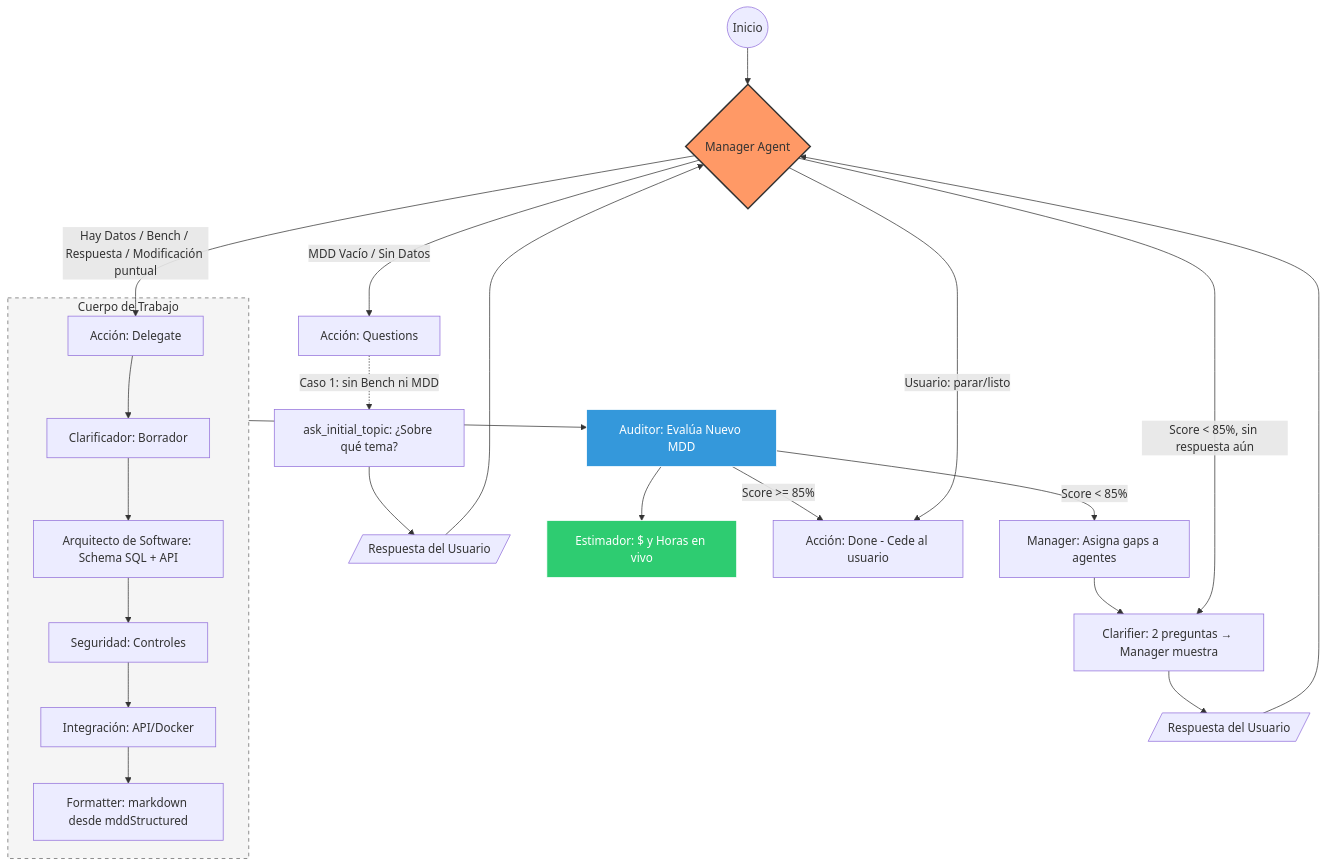
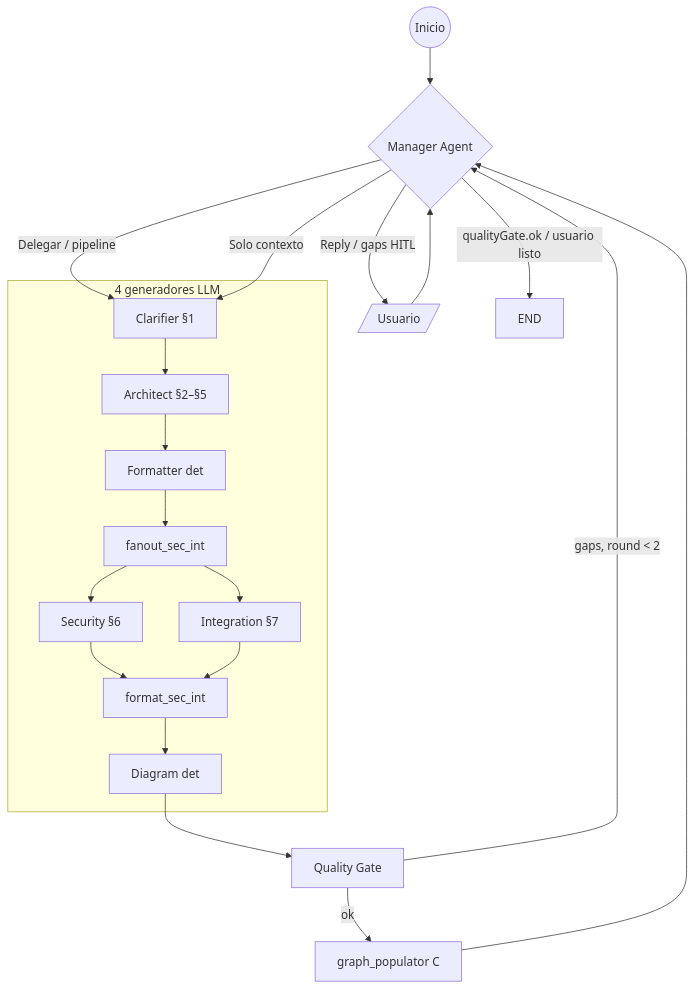
Before and after one commit to kreodevs/theforge: the diagram in apps/api/src/modules/ai-analysis/README.md, drawn with Mermaid. The commit also changed other lines of this file and 15 other files, not shown here.

````diff
--- a/apps/api/src/modules/ai-analysis/README.md
+++ b/apps/api/src/modules/ai-analysis/README.md
@@ -49,46 +51,26 @@
 ```mermaid
 graph TD
-    %% Inicio y Orquestación
     Start((Inicio)) --> Manager{Manager Agent}
 
-    %% Decisiones del Manager
-    Manager -- "MDD Vacío / Sin Datos" --> Questions[Acción: Questions]
-    Manager -- "Hay Datos / Bench / Respuesta / Modificación puntual" --> Delegate[Acción: Delegate]
-
-    %% Caso 1: pregunta inicial única
-    Questions -.->|"Caso 1: sin Bench ni MDD"| AskTopic[ask_initial_topic: ¿Sobre qué tema?]
-    AskTopic --> UserInput[/Respuesta del Usuario/]
+    Manager -- "Delegar / pipeline" --> Clarifier[Clarifier §1]
+    Manager -- "Solo contexto" --> Clarifier
+    Manager -- "Reply / gaps HITL" --> UserInput[/Usuario/]
     UserInput --> Manager
 
-    %% El Ciclo de Construcción (aquí se modifica el MDD)
-    subgraph Especialistas [Cuerpo de Trabajo]
-        Delegate --> Clarifier[Clarificador: Borrador]
-        Clarifier --> SoftwareArchitect[Arquitecto de Software: Schema SQL + API]
-        SoftwareArchitect --> Security[Seguridad: Controles]
-        Security --> Integration[Integración: API/Docker]
-        Integration --> Formatter2[Formatter: markdown desde mddStructured]
+    subgraph Generadores [4 generadores LLM]
+        Clarifier --> Architect[Architect §2–§5]
+        Architect --> Formatter[Formatter det]
+        Formatter --> Fanout[fanout_sec_int]
+        Fanout --> Security[Security §6]
+        Fanout --> Integration[Integration §7]
+        Security --> FormatSecInt[format_sec_int]
+        Integration --> FormatSecInt
+        FormatSecInt --> Diagram[Diagram det]
     end
 
-    %% Evaluación y Feedback
-    Especialistas --> Auditor[Auditor: Evalúa Nuevo MDD]
-    Auditor --> Estimator[Estimador: $ y Horas en vivo]
-
-    %% El Bucle de Refinamiento
-    Auditor -- "Score < 85%" --> FeedbackLoop[Manager: Asigna gaps a agentes]
-    FeedbackLoop --> QuestionsRefine[Clarifier: 2 preguntas → Manager muestra]
-    QuestionsRefine --> UserInputRefine[/Respuesta del Usuario/]
-    UserInputRefine --> Manager
-
-    %% Interacción Humana (refinamiento)
-    Manager -- "Score < 85%, sin respuesta aún" --> QuestionsRefine
-
-    %% Cierre
-    Auditor -- "Score >= 85%" --> Done[Acción: Done - Cede al usuario]
-    Manager -- "Usuario: parar/listo" --> Done
-
-    %% Estilos
-    style Manager fill:#f96,stroke:#333,stroke-width:2px
-    style Auditor fill:#3498db,stroke:#fff,color:#fff
-    style Estimator fill:#2ecc71,stroke:#fff,color:#fff
-    style Especialistas fill:#f5f5f5,stroke:#666,stroke-dasharray: 5 5
+    Diagram --> QG[Quality Gate]
+    QG -- "ok" --> GraphPop[graph_populator C]
+    QG -- "gaps, round < 2" --> Manager
+    GraphPop --> Manager
+    Manager -- "qualityGate.ok / usuario listo" --> Done[END]
 ```
````
